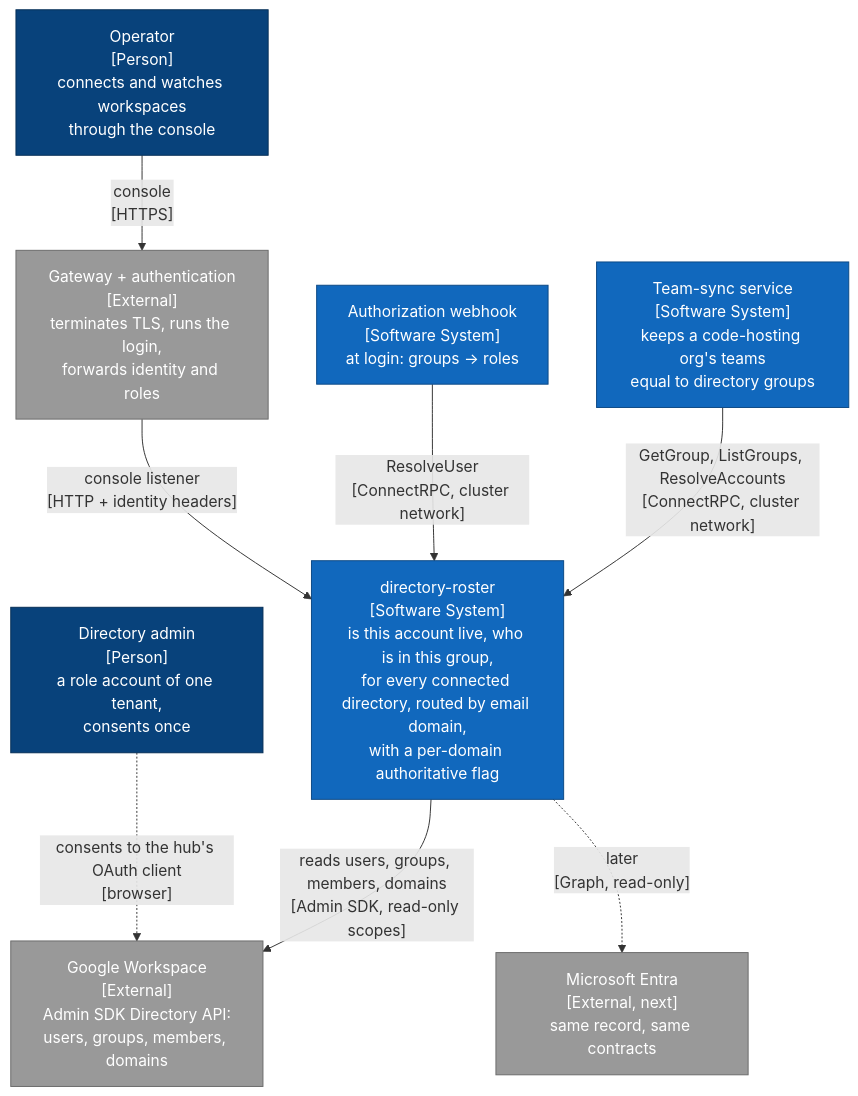
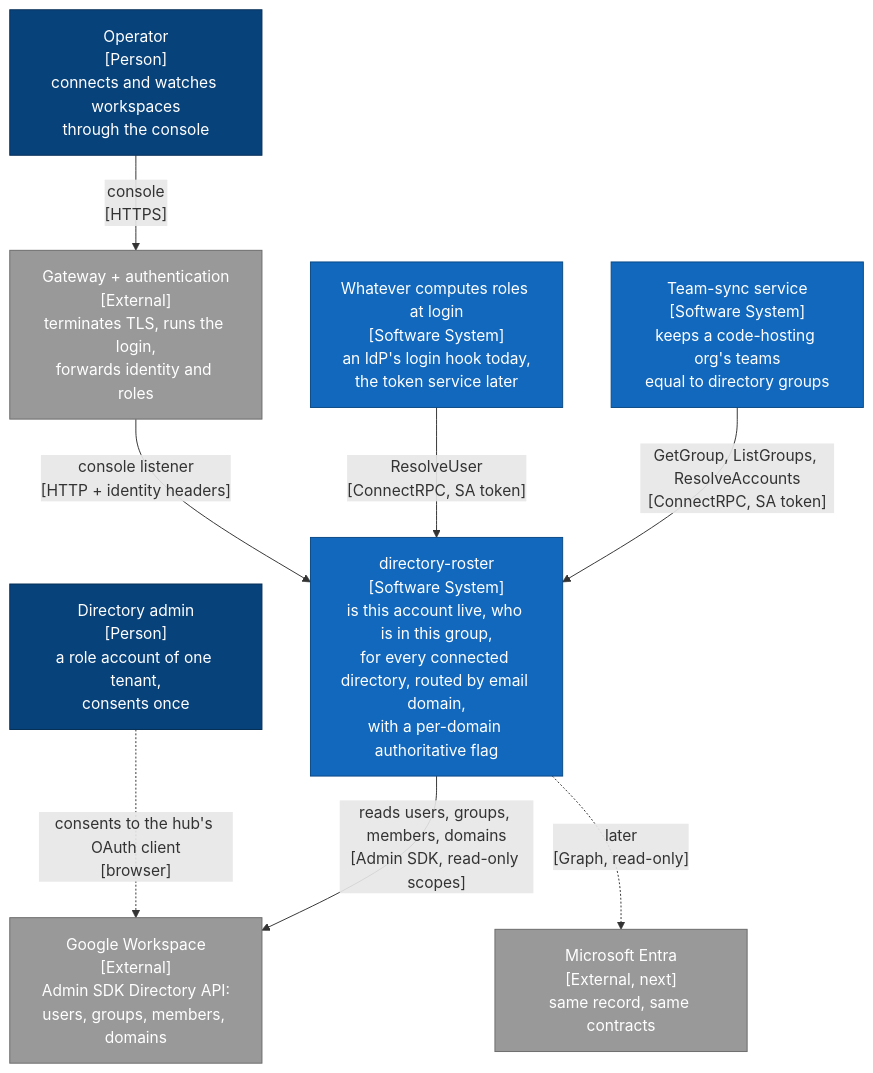
Before and after one commit to truvity/access-roster: the first of 6 diagrams in docs/architecture/hub.md, drawn with Mermaid. The commit also changed other lines of this file and 30 other files, not shown here.

First line of the commit message:
feat!: access-roster — combined scope, access to the hub, the token service design

````diff
--- a/docs/architecture/hub.md
+++ b/docs/architecture/hub.md
@@ -15,29 +15,29 @@
 ```mermaid
 flowchart TB
   operator["Operator<br/>[Person]<br/>connects and watches workspaces<br/>through the console"]:::person
   admin["Directory admin<br/>[Person]<br/>a role account of one tenant,<br/>consents once"]:::person
 
   hub["directory-roster<br/>[Software System]<br/>is this account live, who is in this group,<br/>for every connected directory, routed by email domain,<br/>with a per-domain authoritative flag"]:::system
 
-  webhook["Authorization webhook<br/>[Software System]<br/>at login: groups → roles"]:::system
+  webhook["Whatever computes roles at login<br/>[Software System]<br/>an IdP's login hook today,<br/>the token service later"]:::system
   teamsync["Team-sync service<br/>[Software System]<br/>keeps a code-hosting org's teams<br/>equal to directory groups"]:::system
 
   gateway["Gateway + authentication<br/>[External]<br/>terminates TLS, runs the login,<br/>forwards identity and roles"]:::ext
   google["Google Workspace<br/>[External]<br/>Admin SDK Directory API:<br/>users, groups, members, domains"]:::ext
   entra["Microsoft Entra<br/>[External, next]<br/>same record, same contracts"]:::ext
 
   operator -- "console<br/>[HTTPS]" --> gateway
   gateway -- "console listener<br/>[HTTP + identity headers]" --> hub
   admin -. "consents to the hub's OAuth client<br/>[browser]" .-> google
-  webhook -- "ResolveUser<br/>[ConnectRPC, cluster network]" --> hub
-  teamsync -- "GetGroup, ListGroups, ResolveAccounts<br/>[ConnectRPC, cluster network]" --> hub
+  webhook -- "ResolveUser<br/>[ConnectRPC, SA token]" --> hub
+  teamsync -- "GetGroup, ListGroups, ResolveAccounts<br/>[ConnectRPC, SA token]" --> hub
   hub -- "reads users, groups, members, domains<br/>[Admin SDK, read-only scopes]" --> google
   hub -. "later<br/>[Graph, read-only]" .-> entra
 
   classDef person fill:#08427b,stroke:#052e56,color:#fff
   classDef system fill:#1168bd,stroke:#0b4884,color:#fff
   classDef ext fill:#999999,stroke:#6b6b6b,color:#fff
   classDef container fill:#438dd5,stroke:#2e6295,color:#fff
   classDef component fill:#85bbf0,stroke:#5d82a8,color:#000
   classDef store fill:#438dd5,stroke:#2e6295,color:#fff
 ```
````
